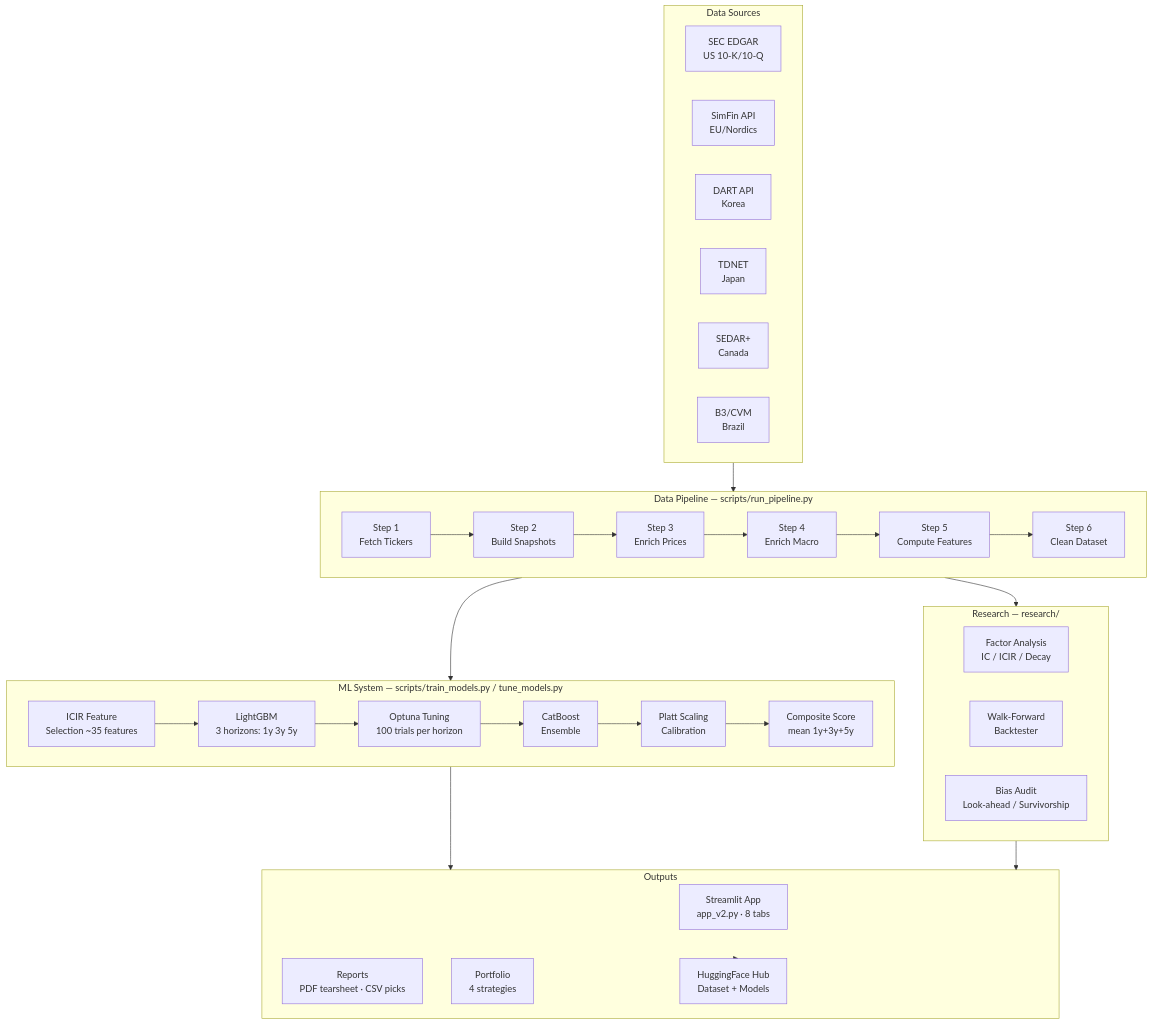
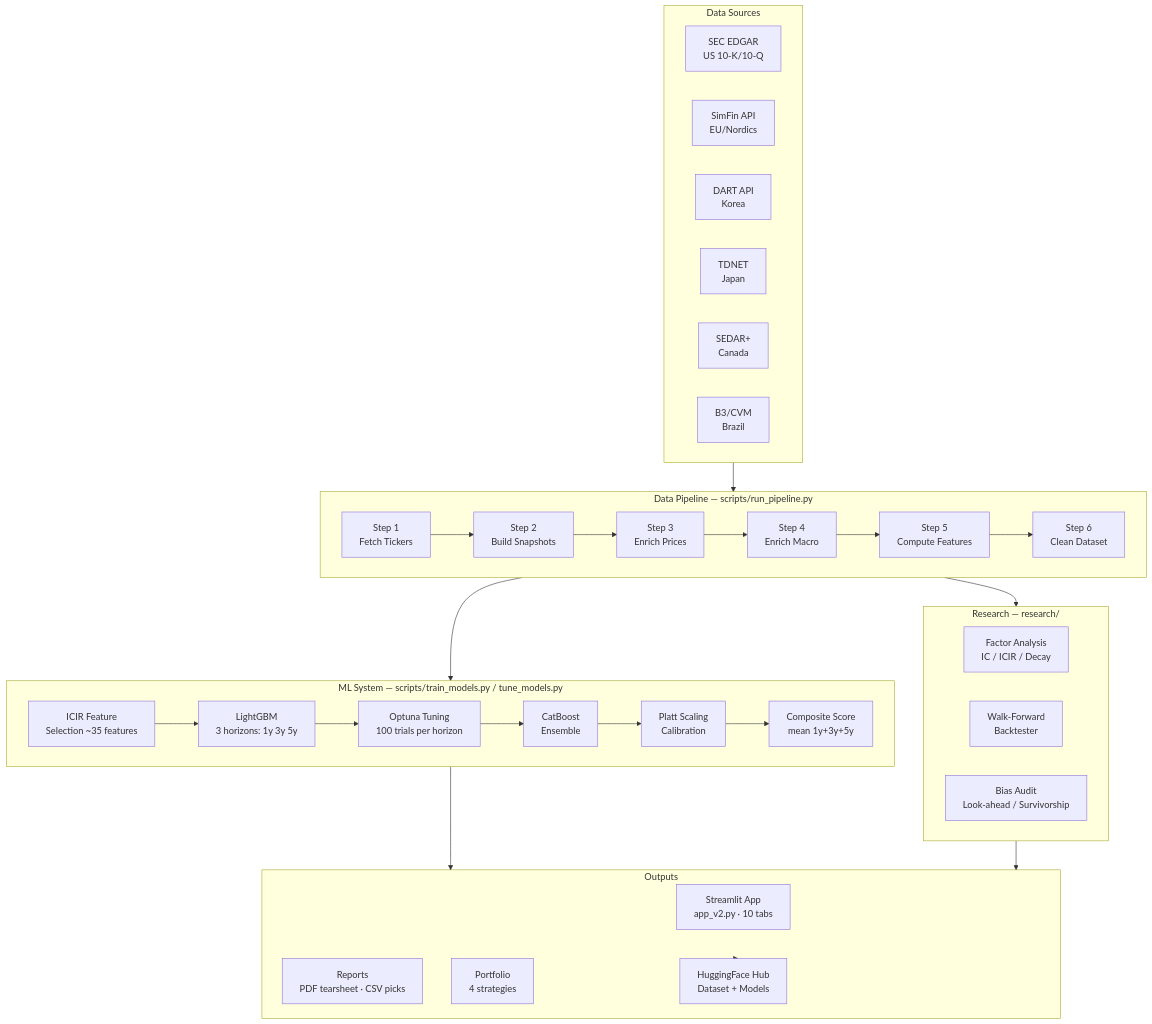
Before and after one commit to sherlock718/stock-fraud-screener: the first of 3 diagrams in docs/architecture.md, drawn with Mermaid. The commit also changed 1 other file, not shown here.

Commit message:
docs: fix tab count 8→10; document leverage UI in strategies guide

````diff
--- a/docs/architecture.md
+++ b/docs/architecture.md
@@ -7,51 +7,51 @@
 ```mermaid
 graph TB
     subgraph Sources["Data Sources"]
         A1[SEC EDGAR<br/>US 10-K/10-Q]
         A2[SimFin API<br/>EU/Nordics]
         A3[DART API<br/>Korea]
         A4[TDNET<br/>Japan]
         A5[SEDAR+<br/>Canada]
         A6[B3/CVM<br/>Brazil]
     end
 
     subgraph Pipeline["Data Pipeline — scripts/run_pipeline.py"]
         B1[Step 1<br/>Fetch Tickers]
         B2[Step 2<br/>Build Snapshots]
         B3[Step 3<br/>Enrich Prices]
         B4[Step 4<br/>Enrich Macro]
         B5[Step 5<br/>Compute Features]
         B6[Step 6<br/>Clean Dataset]
         B1 --> B2 --> B3 --> B4 --> B5 --> B6
     end
 
     subgraph ML["ML System — scripts/train_models.py / tune_models.py"]
         C1[ICIR Feature<br/>Selection ~35 features]
         C2[LightGBM<br/>3 horizons: 1y 3y 5y]
         C3[Optuna Tuning<br/>100 trials per horizon]
         C4[CatBoost<br/>Ensemble]
         C5[Platt Scaling<br/>Calibration]
         C6[Composite Score<br/>mean 1y+3y+5y]
         C1 --> C2 --> C3 --> C4 --> C5 --> C6
     end
 
     subgraph Research["Research — research/"]
         D1[Factor Analysis<br/>IC / ICIR / Decay]
         D2[Walk-Forward<br/>Backtester]
         D3[Bias Audit<br/>Look-ahead / Survivorship]
     end
 
     subgraph Outputs["Outputs"]
-        E1[Streamlit App<br/>app_v2.py · 8 tabs]
+        E1[Streamlit App<br/>app_v2.py · 10 tabs]
         E2[Reports<br/>PDF tearsheet · CSV picks]
         E3[Portfolio<br/>4 strategies]
         E4[HuggingFace Hub<br/>Dataset + Models]
     end
 
     Sources --> Pipeline
     Pipeline --> ML
     Pipeline --> Research
     ML --> Outputs
     Research --> Outputs
     Outputs --> E4
 ```
````
